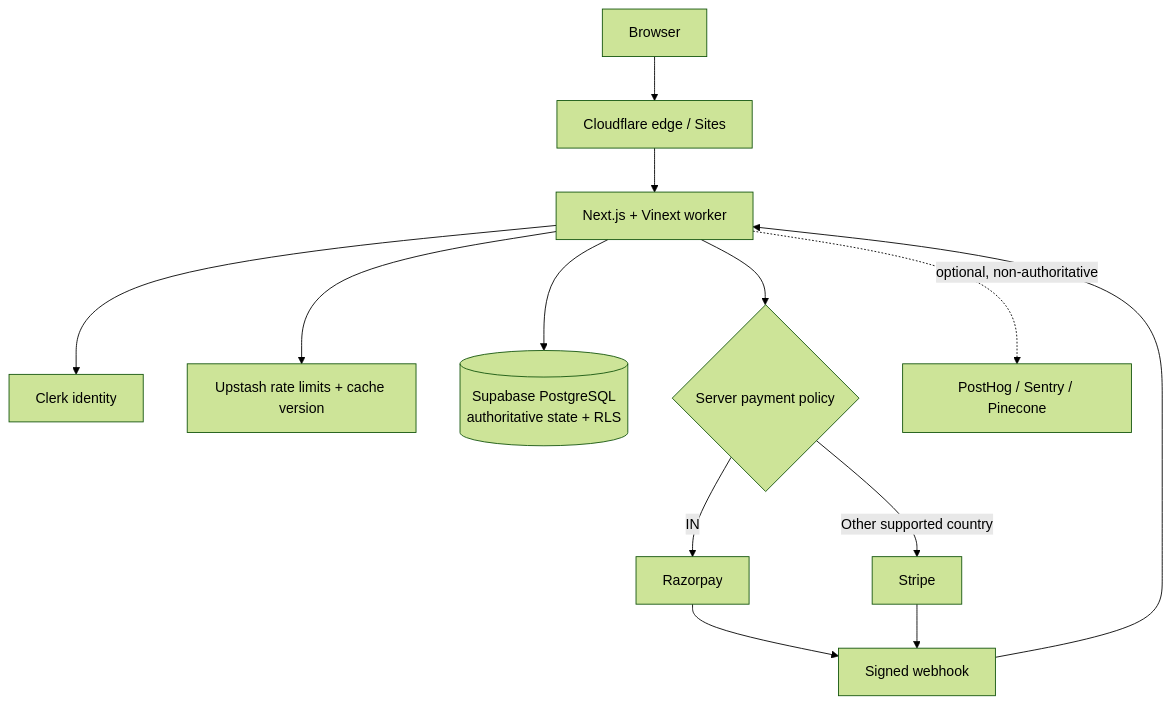
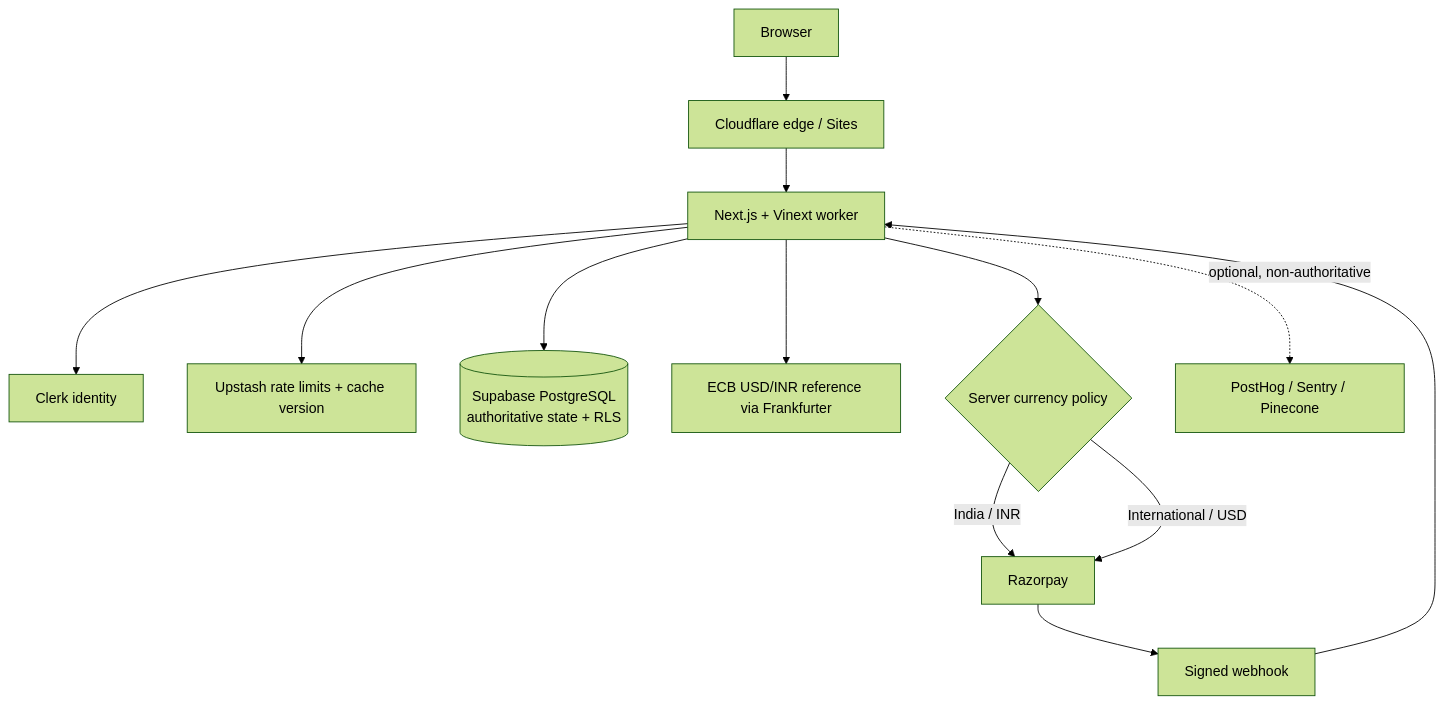
One commit to anbv29/myday changed the diagram in README.md. Above: the diagram before and after it, drawn with Mermaid (forest theme). The commit also changed other lines of this file and 28 other files, not shown here.

Commit message:
Replace Stripe with global Razorpay checkout

````diff
--- a/README.md
+++ b/README.md
@@ -18,15 +18,15 @@
 ```mermaid
 flowchart TD
   U[Browser] --> C[Cloudflare edge / Sites]
   C --> N[Next.js + Vinext worker]
   N --> K[Clerk identity]
   N --> R[Upstash rate limits + cache version]
   N --> S[(Supabase PostgreSQL\nauthoritative state + RLS)]
-  N --> P{Server payment policy}
-  P -->|IN| Z[Razorpay]
-  P -->|Other supported country| T[Stripe]
+  N --> F[ECB USD/INR reference via Frankfurter]
+  N --> P{Server currency policy}
+  P -->|India / INR| Z[Razorpay]
+  P -->|International / USD| Z
   Z --> W[Signed webhook]
-  T --> W
   W --> N
   N -. optional, non-authoritative .-> O[PostHog / Sentry / Pinecone]
 ```
````
